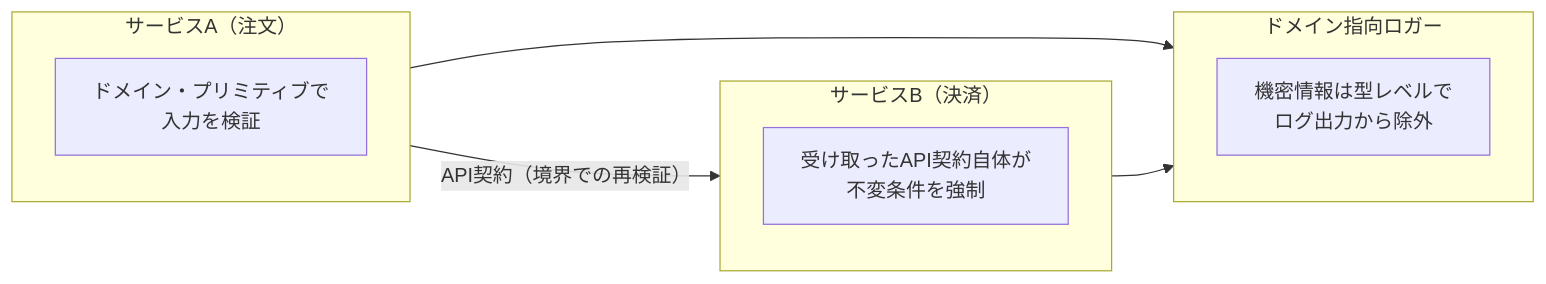
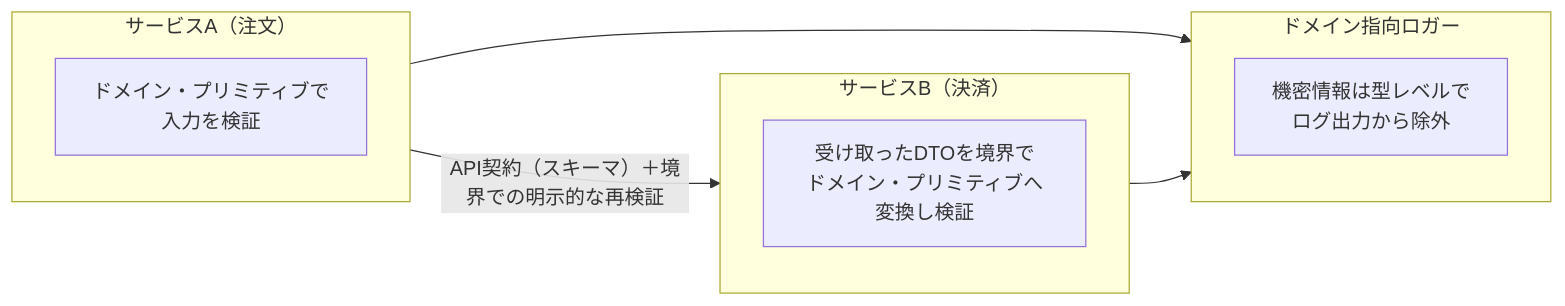
Diagram 12 of 13 in Secure-by-design-guide.md (myoshi2891/Quality-Assurance-Studies), drawn with Mermaid before and after one commit. The commit also changed other lines of this file, not shown here.

Commit message:
docs(secure-by-design): DDDセキュリティの位置づけ・API境界でのDTO変換・マイクロサービス図を更新

````diff
--- a/Secure-by-design-guide.md
+++ b/Secure-by-design-guide.md
@@ -436,15 +436,15 @@
 ```mermaid
 flowchart LR
     subgraph SVC_A["サービスA（注文）"]
         A1["ドメイン・プリミティブで<br/>入力を検証"]
     end
     subgraph SVC_B["サービスB（決済）"]
-        B1["受け取ったAPI契約自体が<br/>不変条件を強制"]
+        B1["受け取ったDTOを境界で<br/>ドメイン・プリミティブへ変換し検証"]
     end
     subgraph LOG["ドメイン指向ロガー"]
         L1["機密情報は型レベルで<br/>ログ出力から除外"]
     end
-    SVC_A -- "API契約（境界での再検証）" --> SVC_B
+    SVC_A -- "API契約（スキーマ）＋境界での明示的な再検証" --> SVC_B
     SVC_A --> LOG
     SVC_B --> LOG
 ```
````
